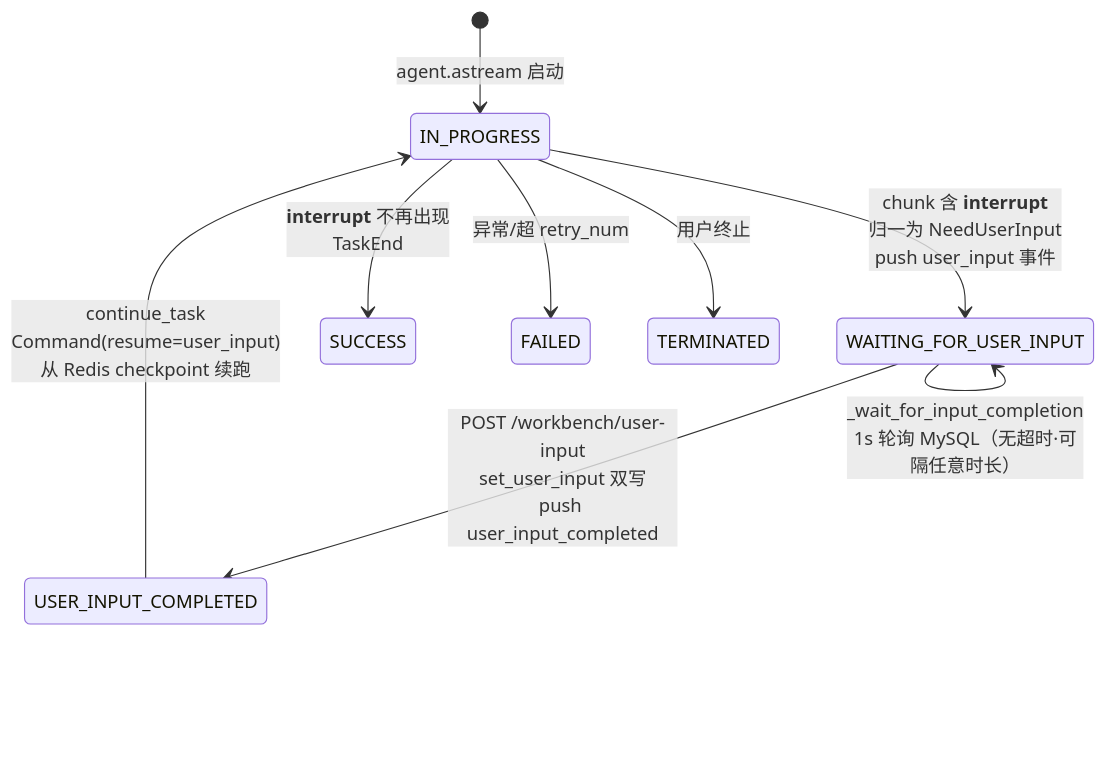
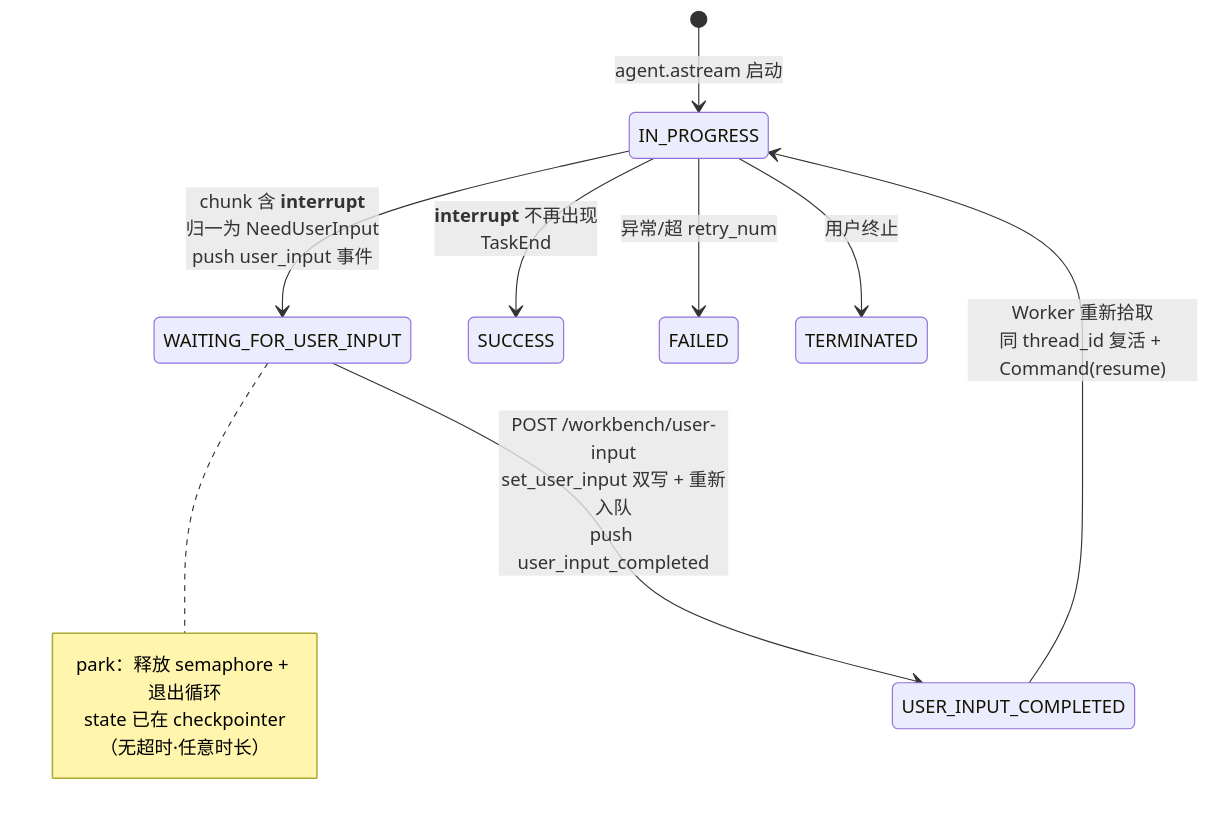
Before and after one commit to dataelement/bisheng: the third of 6 diagrams in docs/PRD/2.6 灵思 deepagents 迁移 PRD/技术方案-灵思 deepagents 适配层设计.md, drawn with Mermaid. The commit also changed other lines of this file and 1 other file, not shown here.

Commit message:
docs: add linsight task docs

````diff
--- a/docs/PRD/2.6 灵思 deepagents 迁移 PRD/技术方案-灵思 deepagents 适配层设计.md
+++ b/docs/PRD/2.6 灵思 deepagents 迁移 PRD/技术方案-灵思 deepagents 适配层设计.md
@@ -299,11 +311,11 @@
 ```mermaid
 stateDiagram-v2
     [*] --> IN_PROGRESS: agent.astream 启动
     IN_PROGRESS --> WAITING_FOR_USER_INPUT: chunk 含 __interrupt__<br/>归一为 NeedUserInput<br/>push user_input 事件
-    WAITING_FOR_USER_INPUT --> WAITING_FOR_USER_INPUT: _wait_for_input_completion<br/>1s 轮询 MySQL（无超时·可隔任意时长）
-    WAITING_FOR_USER_INPUT --> USER_INPUT_COMPLETED: POST /workbench/user-input<br/>set_user_input 双写<br/>push user_input_completed
-    USER_INPUT_COMPLETED --> IN_PROGRESS: continue_task<br/>Command(resume=user_input)<br/>从 Redis checkpoint 续跑
+    note right of WAITING_FOR_USER_INPUT: park：释放 semaphore + 退出循环<br/>state 已在 checkpointer（无超时·任意时长）
+    WAITING_FOR_USER_INPUT --> USER_INPUT_COMPLETED: POST /workbench/user-input<br/>set_user_input 双写 + 重新入队<br/>push user_input_completed
+    USER_INPUT_COMPLETED --> IN_PROGRESS: Worker 重新拾取<br/>同 thread_id 复活 + Command(resume)
     IN_PROGRESS --> SUCCESS: __interrupt__ 不再出现<br/>TaskEnd
     IN_PROGRESS --> FAILED: 异常/超 retry_num
     IN_PROGRESS --> TERMINATED: 用户终止
 ```
````
